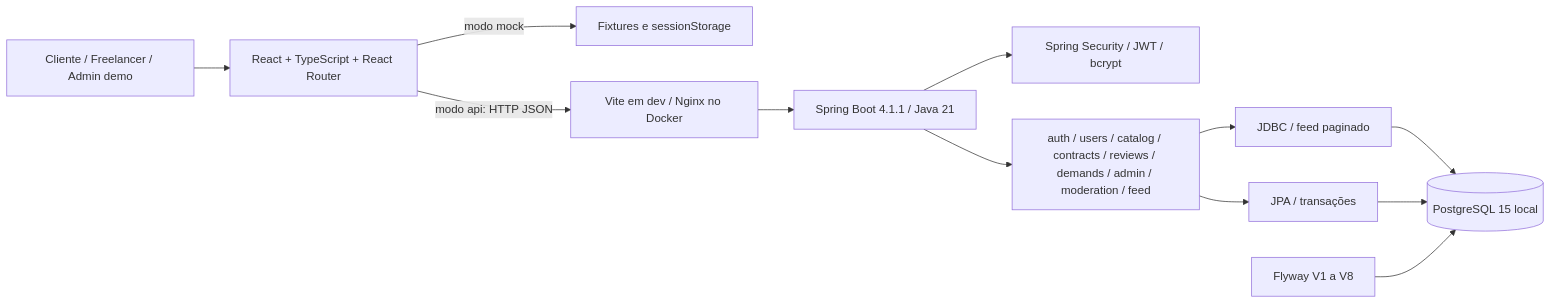
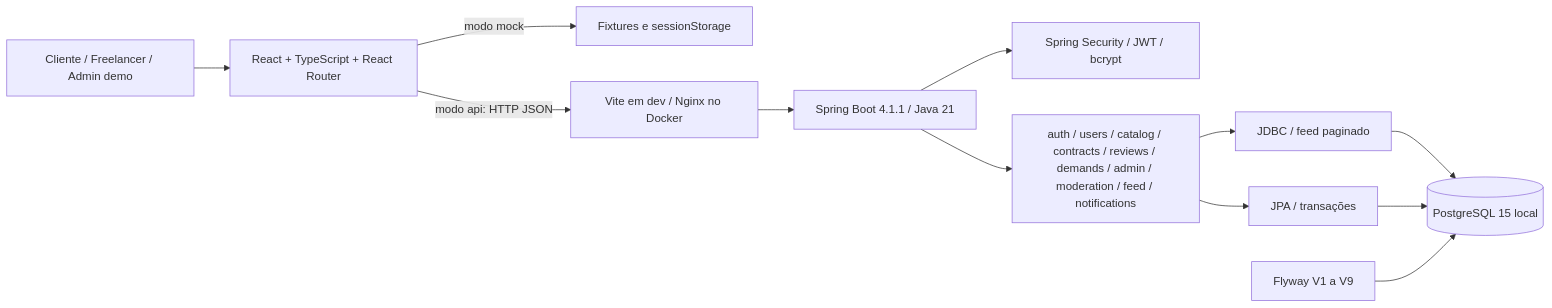
The diagram in docs/arquitetura.md (fabiolrocha/FreeLanceNow), drawn with Mermaid before and after one commit. The commit also changed other lines of this file and 40 other files, not shown here.

````diff
--- a/docs/arquitetura.md
+++ b/docs/arquitetura.md
@@ -5,14 +5,14 @@
 ```mermaid
 flowchart LR
   Pessoa[Cliente / Freelancer / Admin demo] --> Web[React + TypeScript + React Router]
   Web -->|modo mock| Mock[Fixtures e sessionStorage]
   Web -->|modo api: HTTP JSON| Proxy[Vite em dev / Nginx no Docker]
   Proxy --> API[Spring Boot 4.1.1 / Java 21]
   API --> Security[Spring Security / JWT / bcrypt]
-  API --> Modulos[auth / users / catalog / contracts / reviews / demands / admin / moderation / feed]
+  API --> Modulos[auth / users / catalog / contracts / reviews / demands / admin / moderation / feed / notifications]
   Modulos --> JPA[JPA / transações]
   Modulos --> JDBC[JDBC / feed paginado]
   JDBC --> DB
   JPA --> DB[(PostgreSQL 15 local)]
-  Flyway[Flyway V1 a V8] --> DB
+  Flyway[Flyway V1 a V9] --> DB
 ```
````
